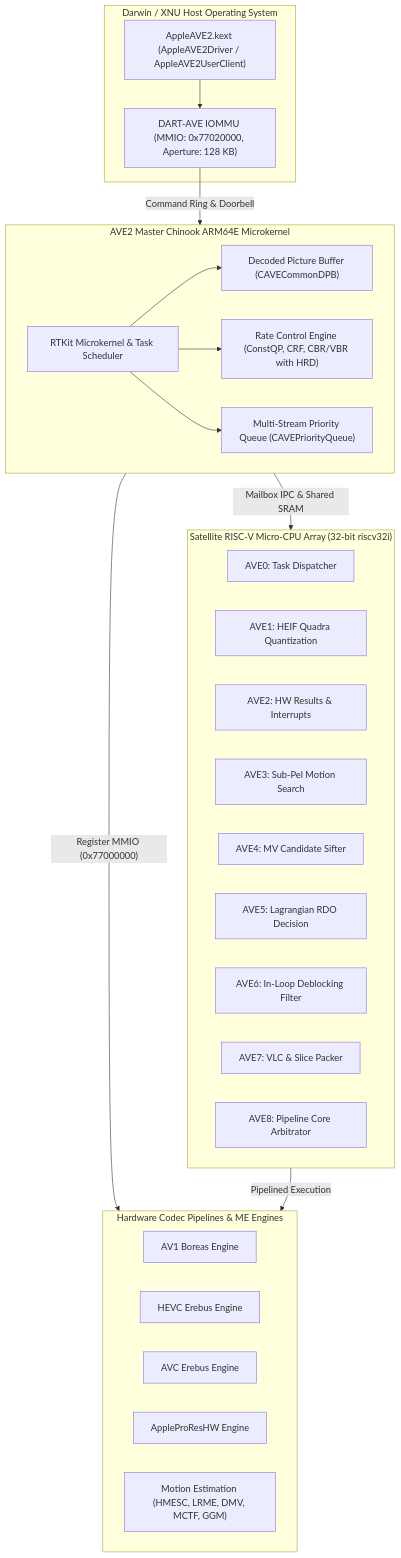
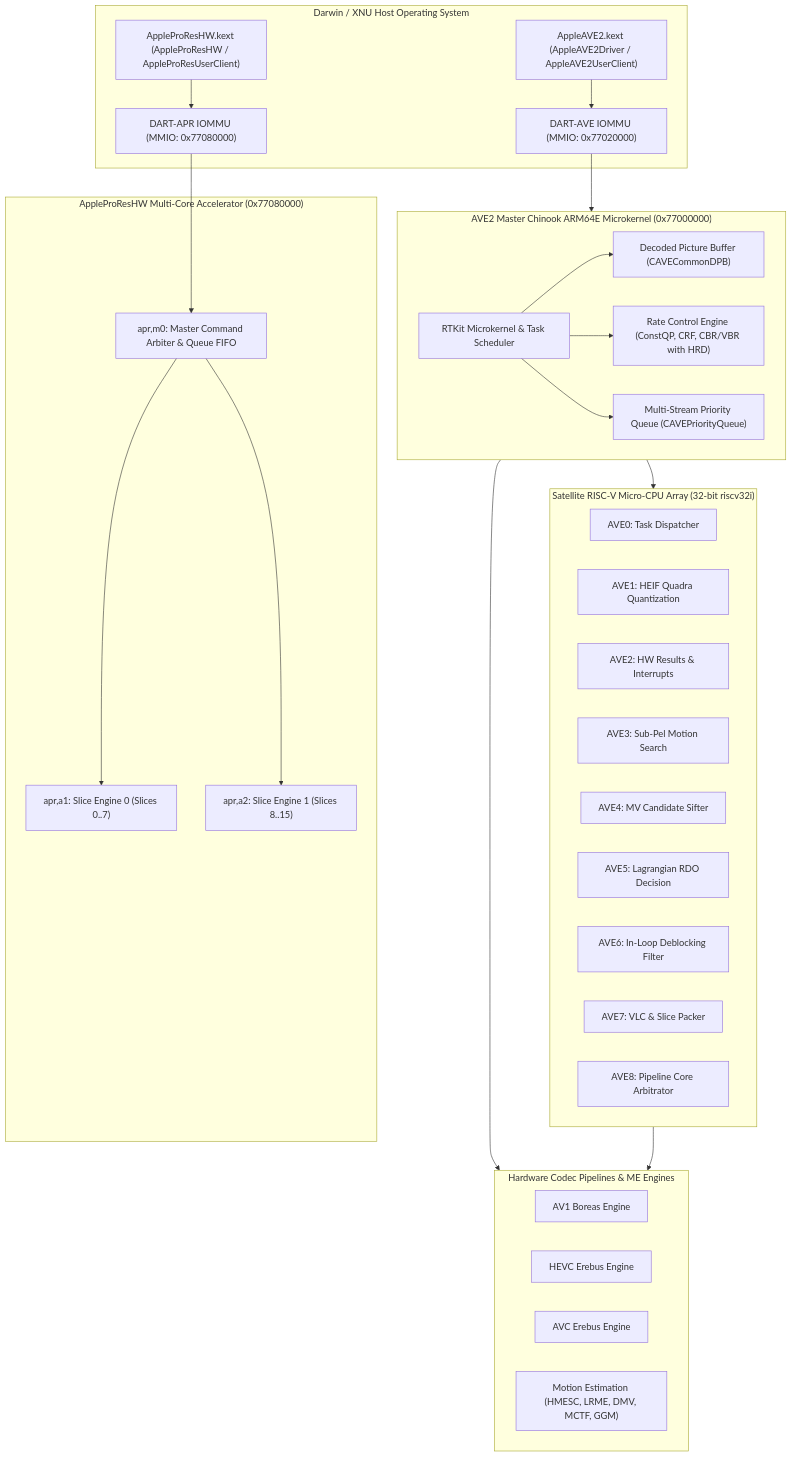
Before and after one commit to premkumar0184/apple-ave2-codecs-re: the diagram in README.md, drawn with Mermaid. The commit also changed other lines of this file and 9 other files, not shown here.

Commit message:
feat(prores): add 8K ProRes 422 HQ, ProRes RAW, and AVE2 motion estimation specs & runtime

````diff
--- a/README.md
+++ b/README.md
@@ -22,43 +26,54 @@
 ```mermaid
 flowchart TD
     subgraph Host ["Darwin / XNU Host Operating System"]
-        Driver["AppleAVE2.kext (AppleAVE2Driver / AppleAVE2UserClient)"]
-        IOMMU["DART-AVE IOMMU (MMIO: 0x77020000, Aperture: 128 KB)"]
-        Driver --> IOMMU
+        DriverAVE["AppleAVE2.kext (AppleAVE2Driver / AppleAVE2UserClient)"]
+        DriverAPR["AppleProResHW.kext (AppleProResHW / AppleProResUserClient)"]
+        IOMMU_AVE["DART-AVE IOMMU (MMIO: 0x77020000)"]
+        IOMMU_APR["DART-APR IOMMU (MMIO: 0x77080000)"]
+        DriverAVE --> IOMMU_AVE
+        DriverAPR --> IOMMU_APR
     end
 
-    subgraph MasterCore ["AVE2 Master Chinook ARM64E Microkernel"]
+    subgraph ProResHW ["AppleProResHW Multi-Core Accelerator (0x77080000)"]
+        APRM0["apr,m0: Master Command Arbiter & Queue FIFO"]
+        APRA1["apr,a1: Slice Engine 0 (Slices 0..7)"]
+        APRA2["apr,a2: Slice Engine 1 (Slices 8..15)"]
+        APRM0 --> APRA1
+        APRM0 --> APRA2
+    end
+
+    subgraph AVE2Core ["AVE2 Master Chinook ARM64E Microkernel (0x77000000)"]
         RTKit["RTKit Microkernel & Task Scheduler"]
         DPB["Decoded Picture Buffer (CAVECommonDPB)"]
         RC["Rate Control Engine (ConstQP, CRF, CBR/VBR with HRD)"]
         CmdQueue["Multi-Stream Priority Queue (CAVEPriorityQueue)"]
         RTKit --> DPB
         RTKit --> RC
         RTKit --> CmdQueue
     end
 
     subgraph SatelliteArray ["Satellite RISC-V Micro-CPU Array (32-bit riscv32i)"]
         AVE0["AVE0: Task Dispatcher"]
         AVE1["AVE1: HEIF Quadra Quantization"]
         AVE2["AVE2: HW Results & Interrupts"]
         AVE3["AVE3: Sub-Pel Motion Search"]
         AVE4["AVE4: MV Candidate Sifter"]
         AVE5["AVE5: Lagrangian RDO Decision"]
         AVE6["AVE6: In-Loop Deblocking Filter"]
         AVE7["AVE7: VLC & Slice Packer"]
         AVE8["AVE8: Pipeline Core Arbitrator"]
     end
 
     subgraph HardwareEngines ["Hardware Codec Pipelines & ME Engines"]
         AV1["AV1 Boreas Engine"]
         HEVC["HEVC Erebus Engine"]
         AVC["AVC Erebus Engine"]
-        ProRes["AppleProResHW Engine"]
         ME["Motion Estimation (HMESC, LRME, DMV, MCTF, GGM)"]
     end
 
-    IOMMU -->|"Command Ring & Doorbell"| MasterCore
-    MasterCore -->|"Mailbox IPC & Shared SRAM"| SatelliteArray
-    MasterCore -->|"Register MMIO (0x77000000)"| HardwareEngines
-    SatelliteArray -->|"Pipelined Execution"| HardwareEngines
+    IOMMU_APR --> APRM0
+    IOMMU_AVE --> AVE2Core
+    AVE2Core --> SatelliteArray
+    AVE2Core --> HardwareEngines
+    SatelliteArray --> HardwareEngines
 ```
````
